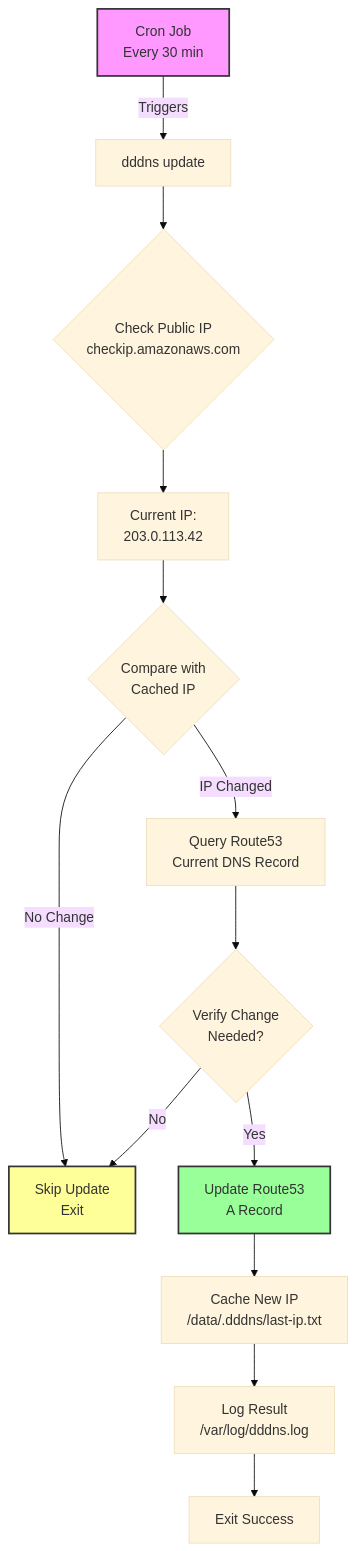
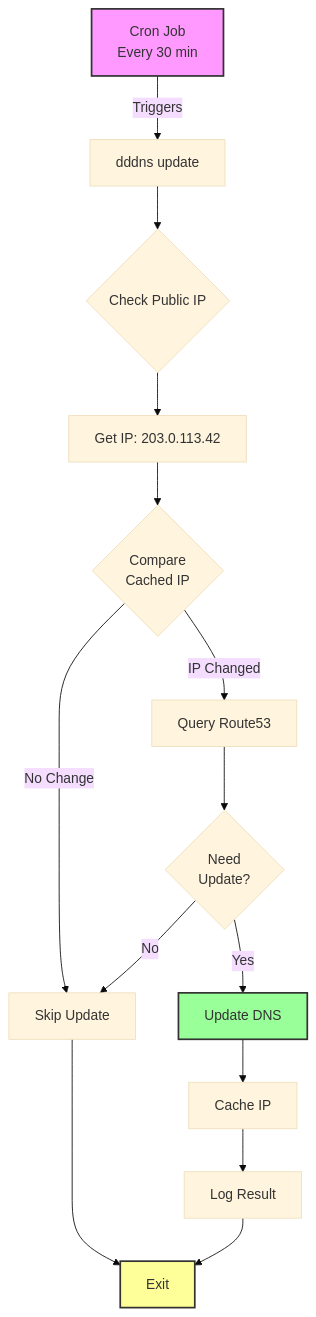
Before and after one commit to descoped/dddns: the diagram in README.md, drawn with Mermaid (base theme).

Commit message:
docs: compress mermaid diagram height with simplified layout

````diff
--- a/README.md
+++ b/README.md
@@ -98,21 +98,22 @@
 ```mermaid
-graph TB
+graph TD
     A[Cron Job<br/>Every 30 min] -->|Triggers| B[dddns update]
-    B --> C{Check Public IP<br/>checkip.amazonaws.com}
-    C --> D[Current IP:<br/>203.0.113.42]
+    B --> C{Check Public IP}
 
-    D --> E{Compare with<br/>Cached IP}
-    E -->|No Change| G[Skip Update<br/>Exit]
-    E -->|IP Changed| F[Query Route53<br/>Current DNS Record]
+    C --> D[Get IP: 203.0.113.42]
+    D --> E{Compare<br/>Cached IP}
+    E -->|No Change| G[Skip Update]
+    E -->|IP Changed| F[Query Route53]
+    F --> H{Need<br/>Update?}
+    H -->|No| G
+    H -->|Yes| I[Update DNS]
+    I --> J[Cache IP]
+    J --> K[Log Result]
 
-    F --> H{Verify Change<br/>Needed?}
-    H -->|No| G
-    H -->|Yes| I[Update Route53<br/>A Record]
-    I --> J[Cache New IP<br/>/data/.dddns/last-ip.txt]
-    J --> K[Log Result<br/>/var/log/dddns.log]
-    K --> L[Exit Success]
+    G --> L[Exit]
+    K --> L
 
     style A fill:#f9f,stroke:#333,stroke-width:2px
     style I fill:#9f9,stroke:#333,stroke-width:2px
-    style G fill:#ff9,stroke:#333,stroke-width:2px
+    style L fill:#ff9,stroke:#333,stroke-width:2px
 ```
````
